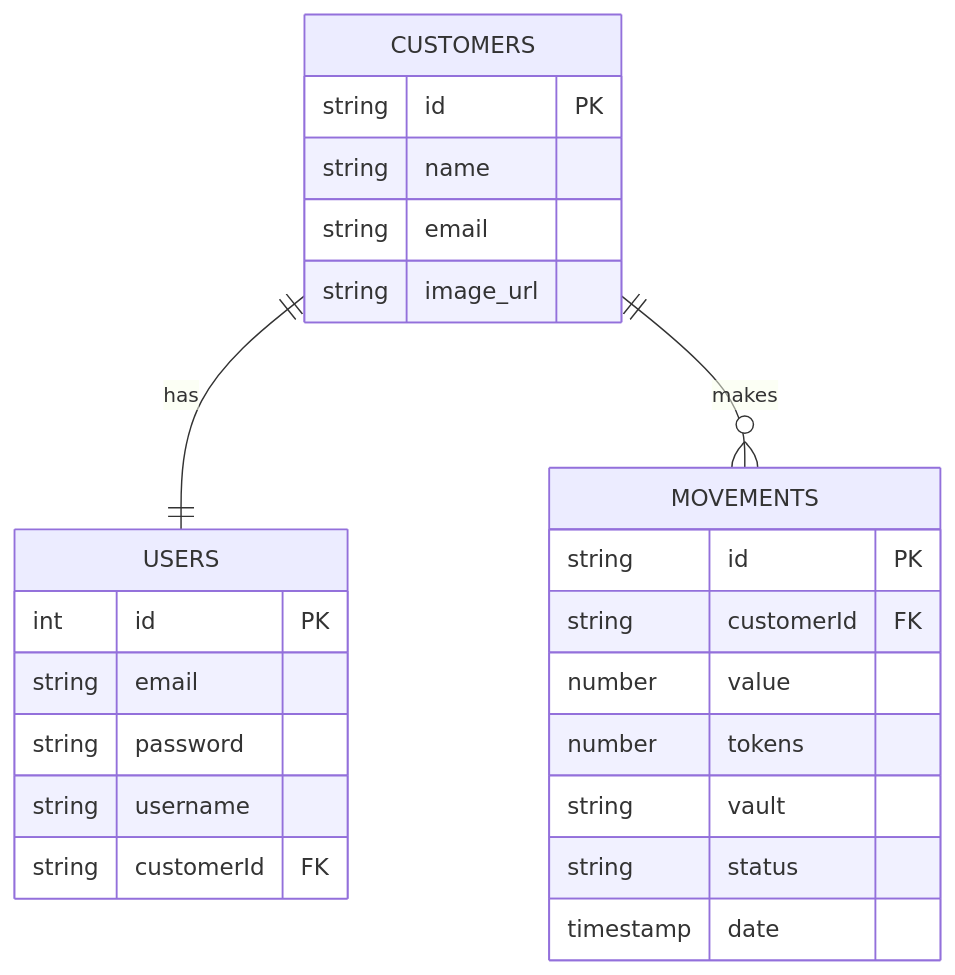
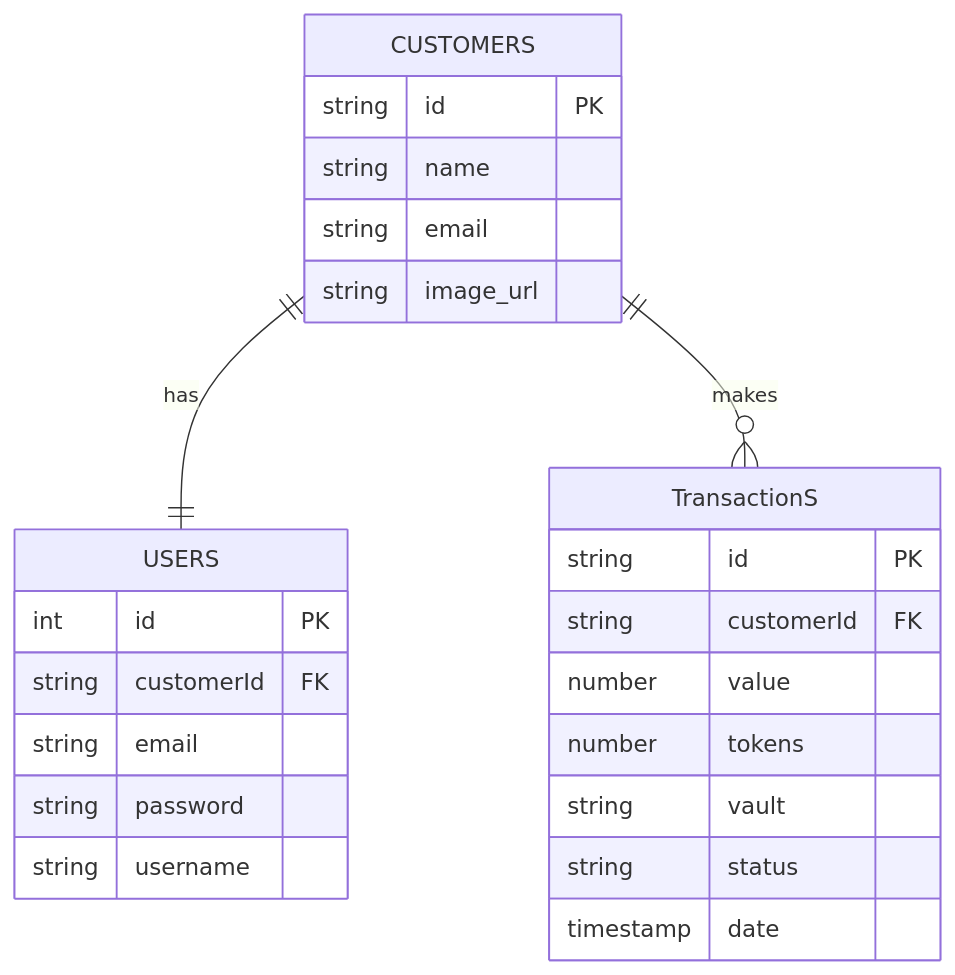
The diagram in README.md (topoescobar/admin-finance-dashboard), drawn with Mermaid before and after one commit. The commit also changed other lines of this file and 27 other files, not shown here.

````diff
--- a/README.md
+++ b/README.md
@@ -4,30 +46,30 @@
 ```mermaid
 erDiagram
     CUSTOMERS {
         string id PK
         string name
         string email
         string image_url
     }
 
     USERS {
         int id PK
+        string customerId FK
         string email
         string password
         string username
-        string customerId FK
     }
 
-    MOVEMENTS {
+    TransactionS {
         string id PK
         string customerId FK
         number value
         number tokens
         string vault
         string status
         timestamp date
     }
 
     CUSTOMERS ||--|| USERS : "has"
-    CUSTOMERS ||--o{ MOVEMENTS : "makes"
+    CUSTOMERS ||--o{ TransactionS : "makes"
 ```
````
